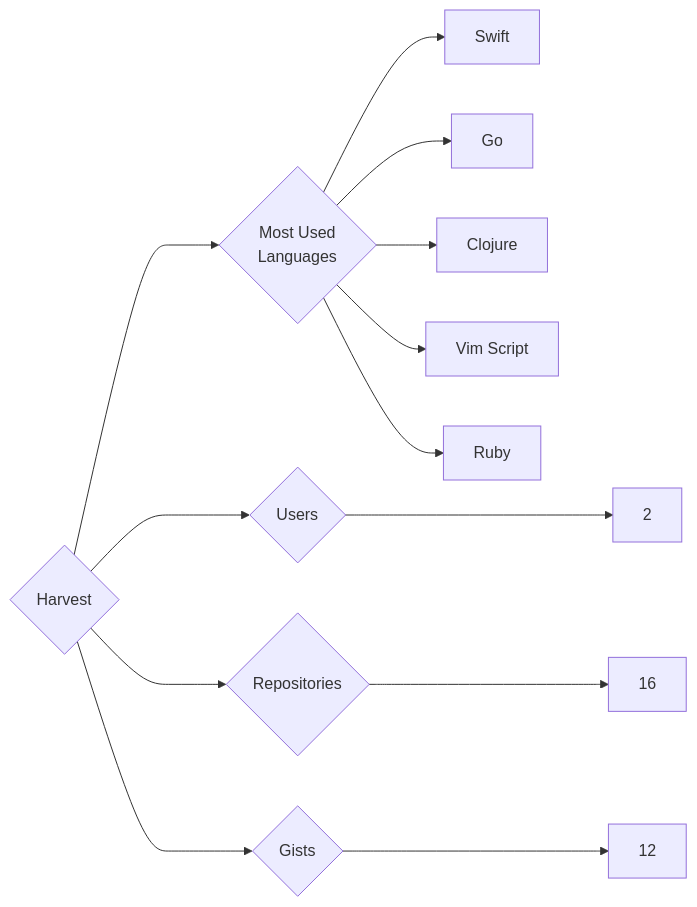
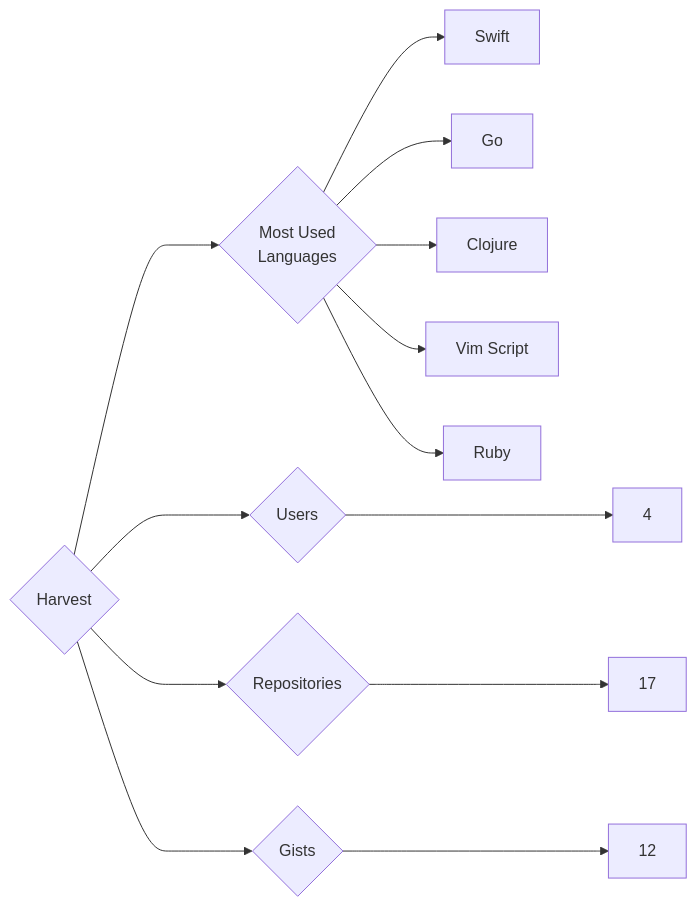
Before and after one commit to trickest/insiders: the diagram in targets/Harvest/README.md, drawn with Mermaid. The commit also changed 985 other files, not shown here.

````diff
--- a/targets/Harvest/README.md
+++ b/targets/Harvest/README.md
@@ -3,13 +3,13 @@
 ```mermaid
 graph LR
 COMPANY_NAME{Harvest}
-COMPANY_NAME ---> U{Users} ---> UN[2]
-COMPANY_NAME ---> R{Repositories} ---> RN[16]
+COMPANY_NAME ---> U{Users} ---> UN[4]
+COMPANY_NAME ---> R{Repositories} ---> RN[17]
 COMPANY_NAME ---> G{Gists} ---> GN[12]
 COMPANY_NAME ---> ML{Most Used<br>Languages}
 ML --> Swift[Swift]
 ML --> Go[Go]
 ML --> Clojure[Clojure]
 ML --> Vim_Script[Vim Script]
 ML --> Ruby[Ruby]
 ```
````
